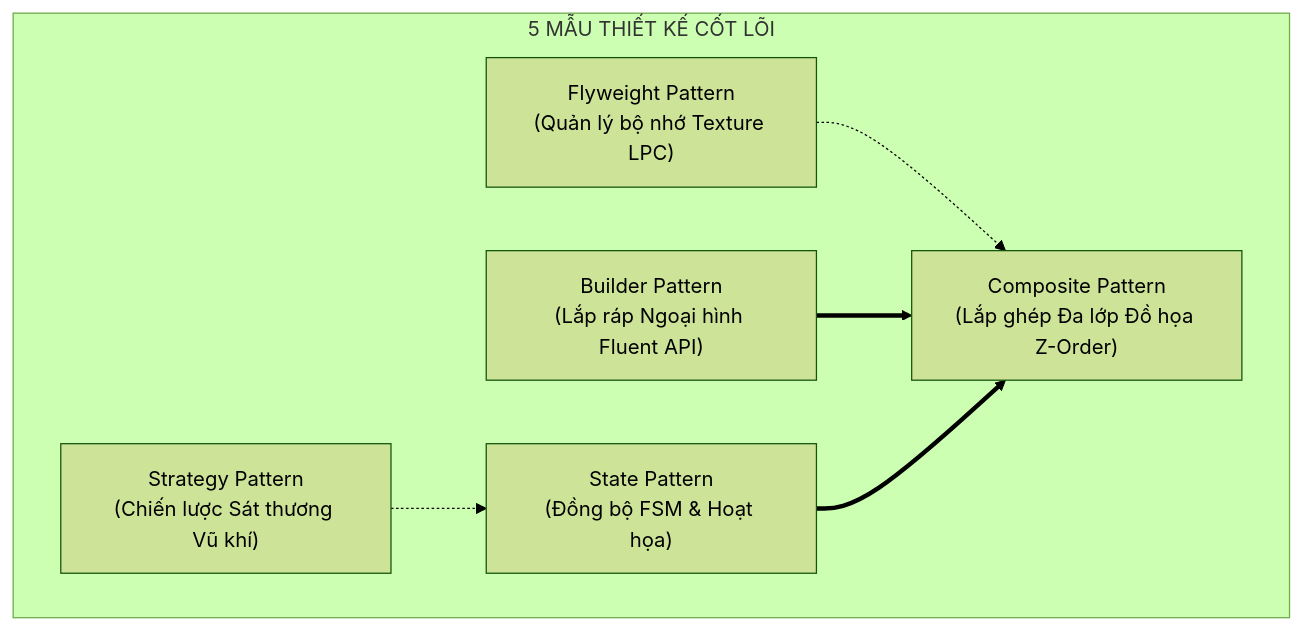
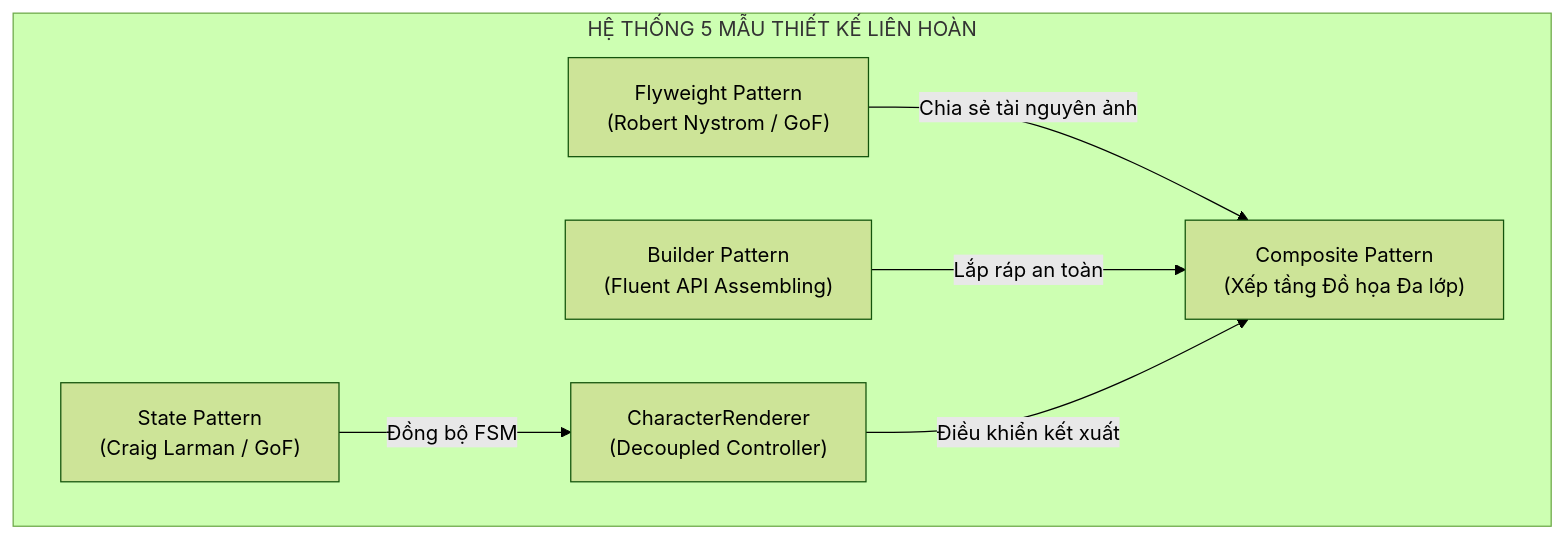
Before and after one commit to Tran1209/UML-Patterns-Mastery: the fourth of 6 diagrams in Docs_BaoCao/BaoCao_ThietKe_NhanVat_OOP_LPC.md, drawn with Mermaid (forest theme). The commit also changed other lines of this file, not shown here.

Commit message:
docs(report): polish OOP LPC character design report, add SOLID/GRASP audit matrix, and remove Q&A section

````diff
--- a/Docs_BaoCao/BaoCao_ThietKe_NhanVat_OOP_LPC.md
+++ b/Docs_BaoCao/BaoCao_ThietKe_NhanVat_OOP_LPC.md
@@ -193,15 +296,9 @@
 ```mermaid
 graph TD
-    subgraph PATTERNS["5 MẪU THIẾT KẾ CỐT LÕI"]
-        P1["Flyweight Pattern<br/>(Quản lý bộ nhớ Texture LPC)"]
-        P2["Composite Pattern<br/>(Lắp ghép Đa lớp Đồ họa Z-Order)"]
-        P3["State Pattern<br/>(Đồng bộ FSM & Hoạt họa)"]
-        P4["Builder Pattern<br/>(Lắp ráp Ngoại hình Fluent API)"]
-        P5["Strategy Pattern<br/>(Chiến lược Sát thương Vũ khí)"]
+    subgraph PATTERNS["HỆ THỐNG 5 MẪU THIẾT KẾ LIÊN HOÀN"]
+        P1["Flyweight Pattern<br/>(Robert Nystrom / GoF)"] -->|Chia sẻ tài nguyên ảnh| P2["Composite Pattern<br/>(Xếp tầng Đồ họa Đa lớp)"]
+        P3["Builder Pattern<br/>(Fluent API Assembling)"] -->|Lắp ráp an toàn| P2
+        P4["State Pattern<br/>(Craig Larman / GoF)"] -->|Đồng bộ FSM| P5["CharacterRenderer<br/>(Decoupled Controller)"]
+        P5 -->|Điều khiển kết xuất| P2
     end
-
-    P1 -.-> P2
-    P4 ==> P2
-    P3 ==> P2
-    P5 -.-> P3
 ```
````
